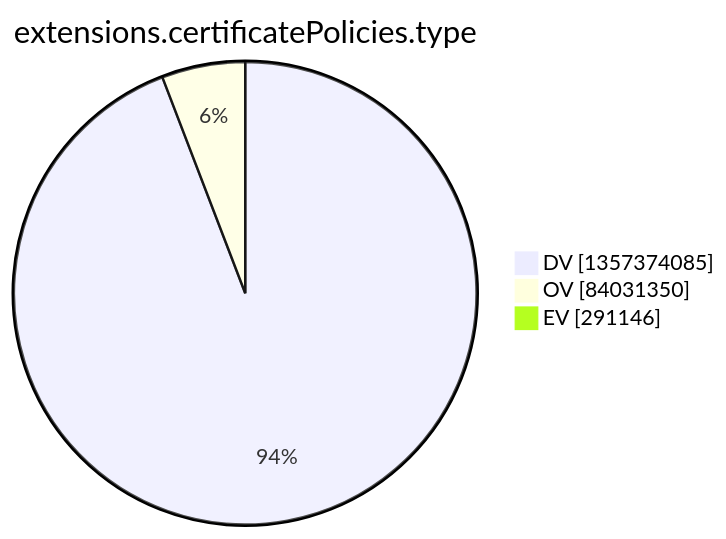
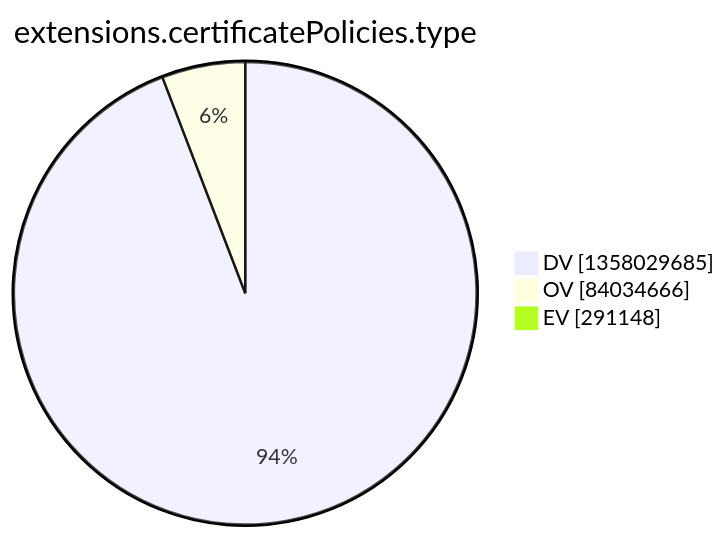
The tenth of 15 diagrams in argon2022/README.md (christiankrug/ctmonitor_visualization), drawn with Mermaid before and after one commit. The commit also changed other lines of this file, not shown here.

````diff
--- a/argon2022/README.md
+++ b/argon2022/README.md
@@ -2773,7 +2773,7 @@
 ```mermaid
 pie showData
 title extensions.certificatePolicies.type
-"DV" :1357374085
-"OV" :84031350
-"EV" :291146
+"DV" :1358029685
+"OV" :84034666
+"EV" :291148
 ```
````
